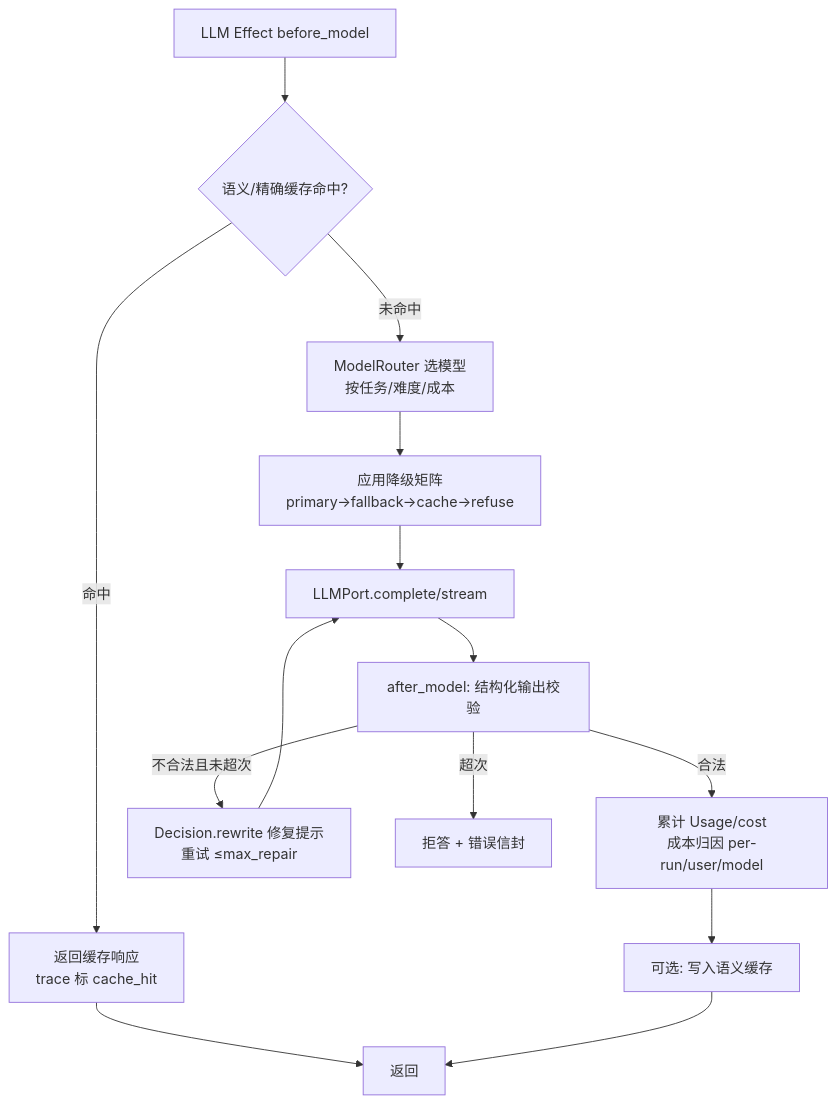
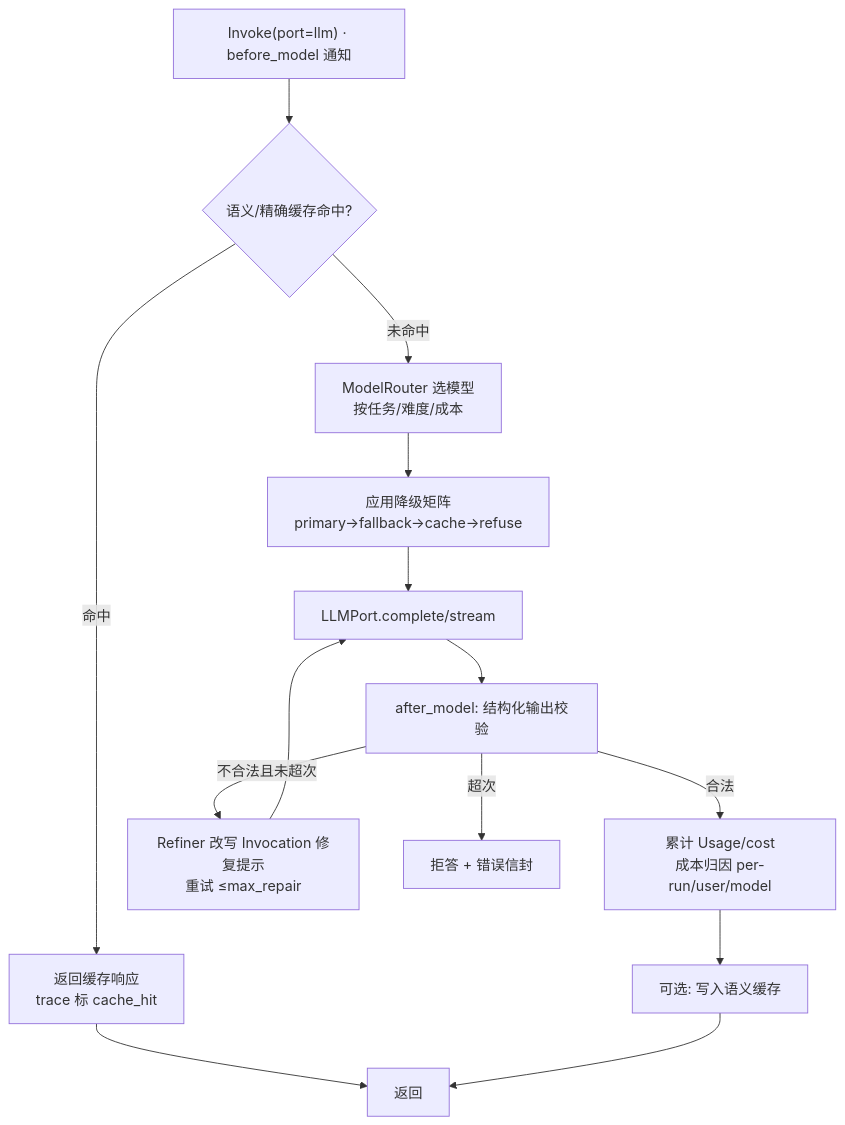
The sixth of 13 diagrams in docs/01-总览与设计/AGENT-总设计.md (sao-lang/lll), drawn with Mermaid before and after one commit. The commit also changed other lines of this file and 127 other files, not shown here.

````diff
--- a/docs/01-总览与设计/AGENT-总设计.md
+++ b/docs/01-总览与设计/AGENT-总设计.md
@@ -689,16 +809,16 @@
 ```mermaid
 flowchart TD
-    IN["LLM Effect before_model"] --> CACHE{"语义/精确缓存命中?"}
+    IN["Invoke(port=llm) · before_model 通知"] --> CACHE{"语义/精确缓存命中?"}
     CACHE -->|命中| RET["返回缓存响应<br/>trace 标 cache_hit"]
     CACHE -->|未命中| ROUTE["ModelRouter 选模型<br/>按任务/难度/成本"]
     ROUTE --> DGR["应用降级矩阵<br/>primary→fallback→cache→refuse"]
     DGR --> CALL["LLMPort.complete/stream"]
     CALL --> STRU["after_model: 结构化输出校验"]
     STRU -->|合法| USAGE["累计 Usage/cost<br/>成本归因 per-run/user/model"]
-    STRU -->|不合法且未超次| REPAIR["Decision.rewrite 修复提示<br/>重试 ≤max_repair"]
+    STRU -->|不合法且未超次| REPAIR["Refiner 改写 Invocation 修复提示<br/>重试 ≤max_repair"]
     REPAIR --> CALL
     STRU -->|超次| REFUSE["拒答 + 错误信封"]
     USAGE --> STORE["可选: 写入语义缓存"]
     RET --> OUT["返回"]
     STORE --> OUT
 ```
````
